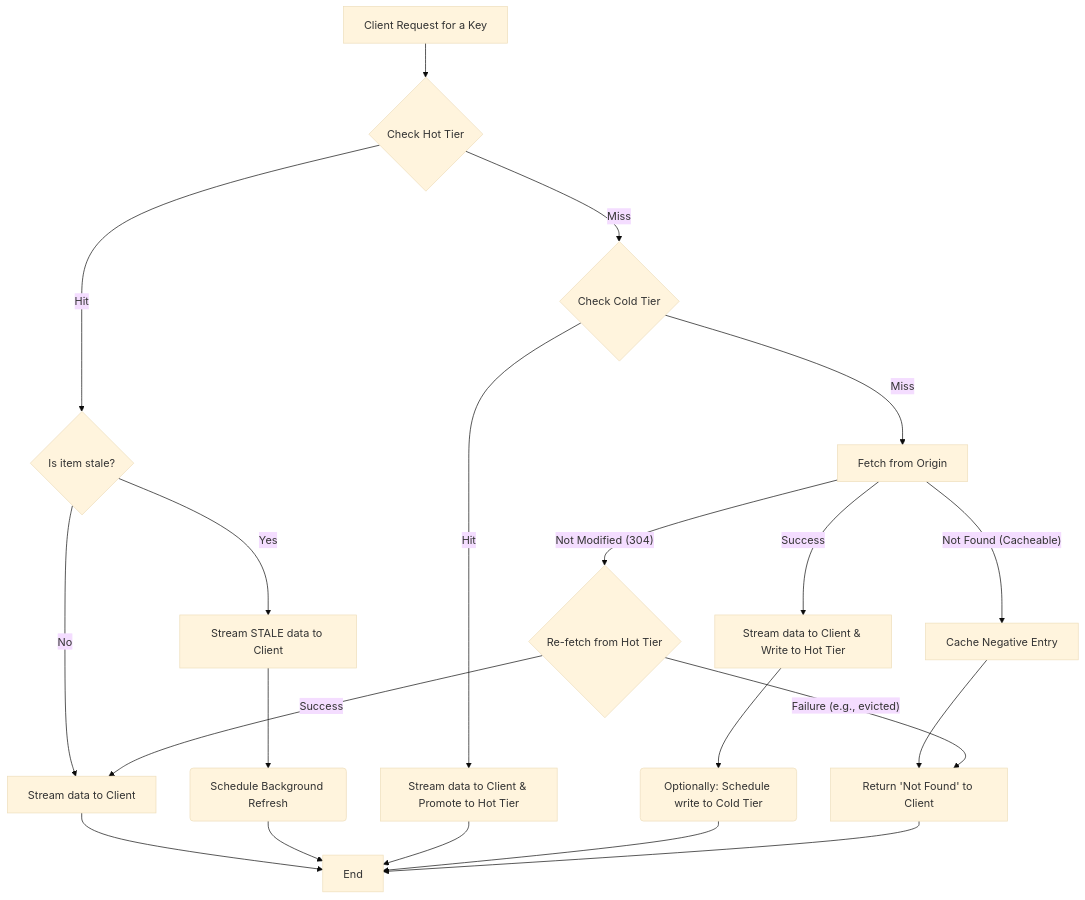
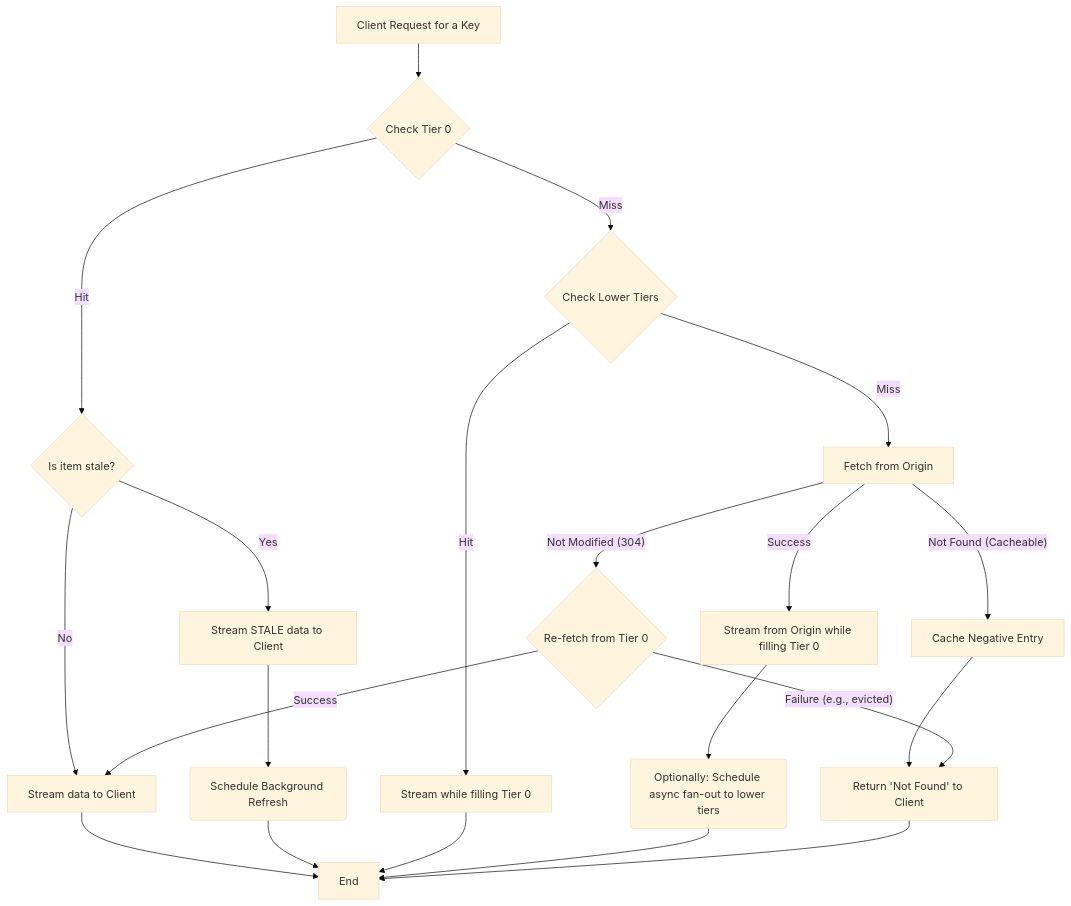
The diagram in README.md (mrchypark/daramjwee), drawn with Mermaid (base theme) before and after one commit. The commit also changed other lines of this file and 82 other files, not shown here.

````diff
--- a/README.md
+++ b/README.md
@@ -43,29 +49,29 @@
 ```mermaid
 flowchart TD
-    A[Client Request for a Key] --> B{Check Hot Tier};
+    A[Client Request for a Key] --> B{Check Tier 0};
 
     B -- Hit --> C{Is item stale?};
     C -- No --> D[Stream data to Client];
     D --> E[End];
     C -- Yes --> F[Stream STALE data to Client];
     F --> G(Schedule Background Refresh);
     G --> E;
 
-    B -- Miss --> H{Check Cold Tier};
+    B -- Miss --> H{Check Lower Tiers};
 
-    H -- Hit --> I[Stream data to Client & Promote to Hot Tier];
+    H -- Hit --> I[Stream while filling Tier 0];
     I --> E;
 
     H -- Miss --> J[Fetch from Origin];
-    J -- Success --> K[Stream data to Client & Write to Hot Tier];
-    K --> L(Optionally: Schedule write to Cold Tier);
+    J -- Success --> K[Stream from Origin while filling Tier 0];
+    K --> L(Optionally: Schedule async fan-out to lower tiers);
     L --> E;
     
     J -- Not Found (Cacheable) --> M[Cache Negative Entry];
     M --> N[Return 'Not Found' to Client];
     N --> E;
     
-    J -- Not Modified (304) --> O{Re-fetch from Hot Tier};
+    J -- Not Modified (304) --> O{Re-fetch from Tier 0};
     O -- Success --> D;
     O -- Failure (e.g., evicted) --> N;
 ```
````
